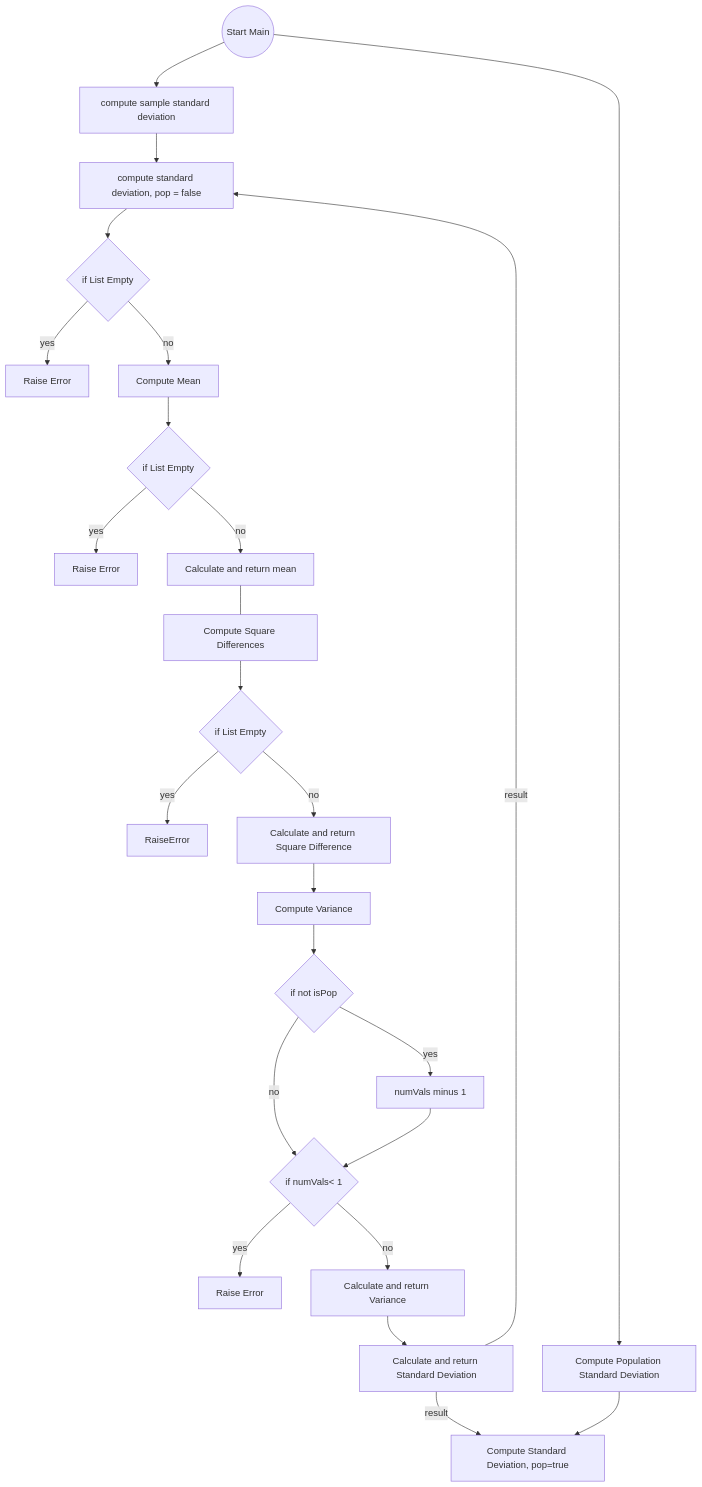
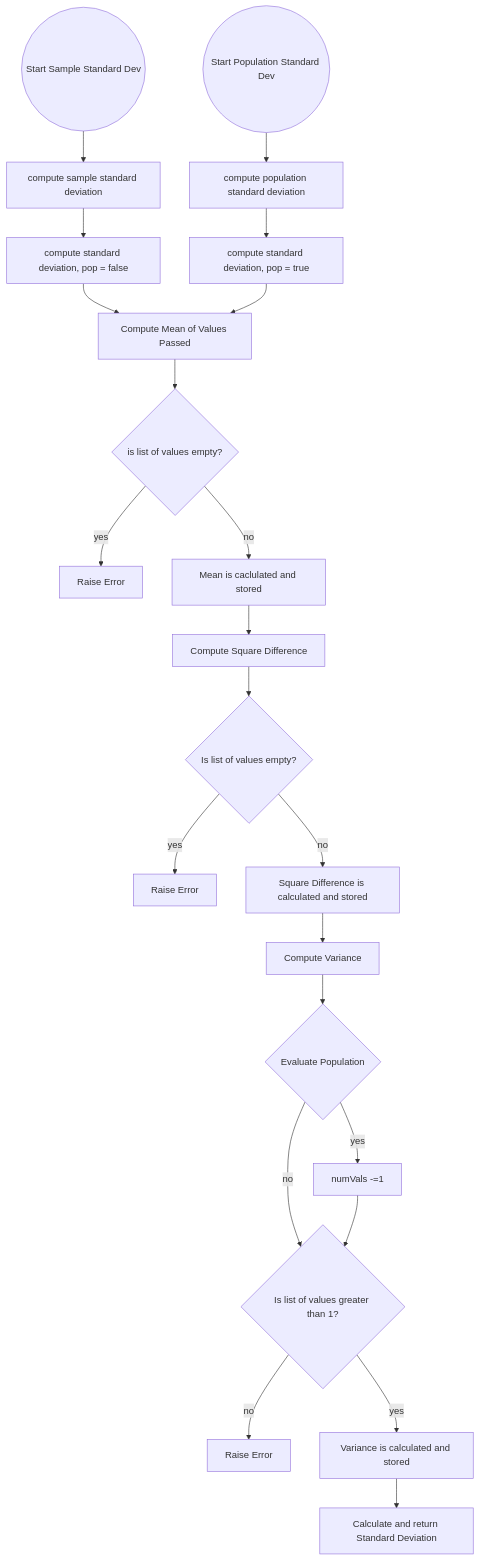
One commit to LuciHill/swe3643-fall2024-homework changed the diagram in README.md. Above: the diagram before and after it, drawn with Mermaid.

````diff
--- a/README.md
+++ b/README.md
@@ -9,40 +9,32 @@
 ```mermaid
   flowchart TD
-    start((Start Main))
-    main[compute sample standard deviation]
-    listEmpty{if List Empty}  
-    lessThanOne{if < 1}
+    startSam((Start Sample Standard Dev))
+    startPop((Start Population Standard Dev))
+    main1[compute sample standard deviation]
+    main2[compute population standard deviation]
+    listEmptyMean{if List Empty}  
     sampleSD[compute standard deviation, pop = false]
-    RaiseErr[Raise Error]
-    computeMean[Compute Mean]
+    meanErr[Raise Error]
+    computeMean[Compute Mean of Values Passed]
     computeVariance[Compute Variance]
     computeSqDiff[Compute Square Difference]
     
-    start-->main-->sampleSD-->listEmpty
-    listEmpty-->|yes|RaiseErr
-    listEmpty-->|no| computeMean
+    startSam-->main1-->sampleSD-->computeMean
+    startPop-->main2-->popSD[compute standard deviation, pop = true] --> computeMean
+    
+    computeMean-->listEmptyMean{is list of values empty?}-->|no|calcMean[Mean is caclulated and stored]
+    listEmptyMean-->|yes|meanErr
 
-    computeMean-->listEmptyMean{if List Empty}
-    listEmptyMean-->|yes|RaiseErrMean[Raise Error]
-    listEmptyMean-->|no|meanCalc[Calculate and return mean]
+    calcMean-->computeSqDiff-->listEmptyDiff{Is list of values empty?}
+    listEmptyDiff-->|yes|sqDiffErr[Raise Error]
+    listEmptyDiff-->|no|calcSqDiff[Square Difference is calculated and stored]
+    
+    calcSqDiff-->computeVariance-->isPop{Evaluate Population}
+    isPop-->|no|listSize
+    isPop-->|yes|subtract[numVals -=1]-->listSize
+    listSize{Is list of values greater than 1?}
+    listSize-->|no|varErr[Raise Error]
+    listSize-->|yes|calcVar[Variance is calculated and stored]
 
-    meanCalc---computeSqDiff[Compute Square Differences]
-    computeSqDiff-->listEmptySqD{if List Empty}
-    listEmptySqD-->|yes|RaiseErrSqD[RaiseError]
-    listEmptySqD-->|no|calcSqD[Calculate and return Square Difference]
-
-    calcSqD--> computeVariance[Compute Variance]
-    computeVariance-->ifPop{if not isPop}
-    ifPop-->|yes|minus1[numVals minus 1]
-    ifPop-->|no|lessThanOne
-    minus1-->lessThanOne{if numVals< 1}
-    lessThanOne-->|yes|RaiseErrVar[Raise Error]
-    lessThanOne-->|no|calcVar[Calculate and return Variance]
-
-    calcVar-->calcSD[Calculate and return Standard Deviation]
-    calcSD-->|result|sampleSD
-    calcSD-->|result|popSD
-
-    start-->main2[Compute Population Standard Deviation]
-    main2-->popSD[Compute Standard Deviation, pop=true]
+    calcVar-->calcStDv[Calculate and return Standard Deviation]
 ```
````
